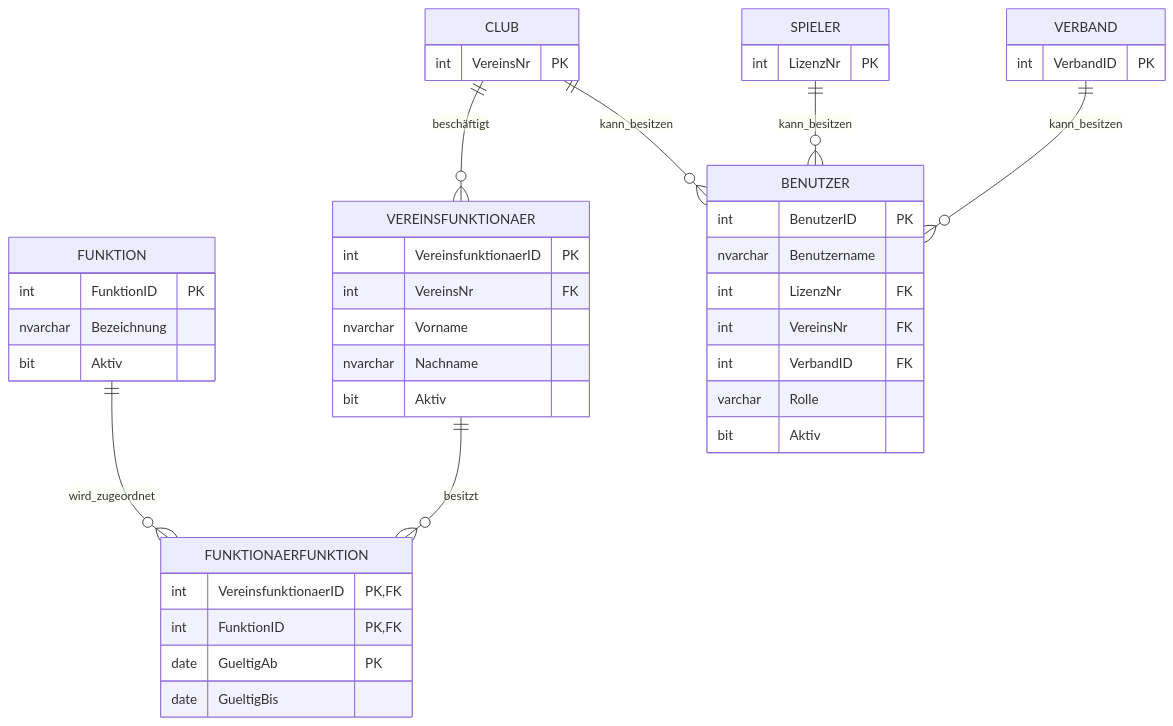
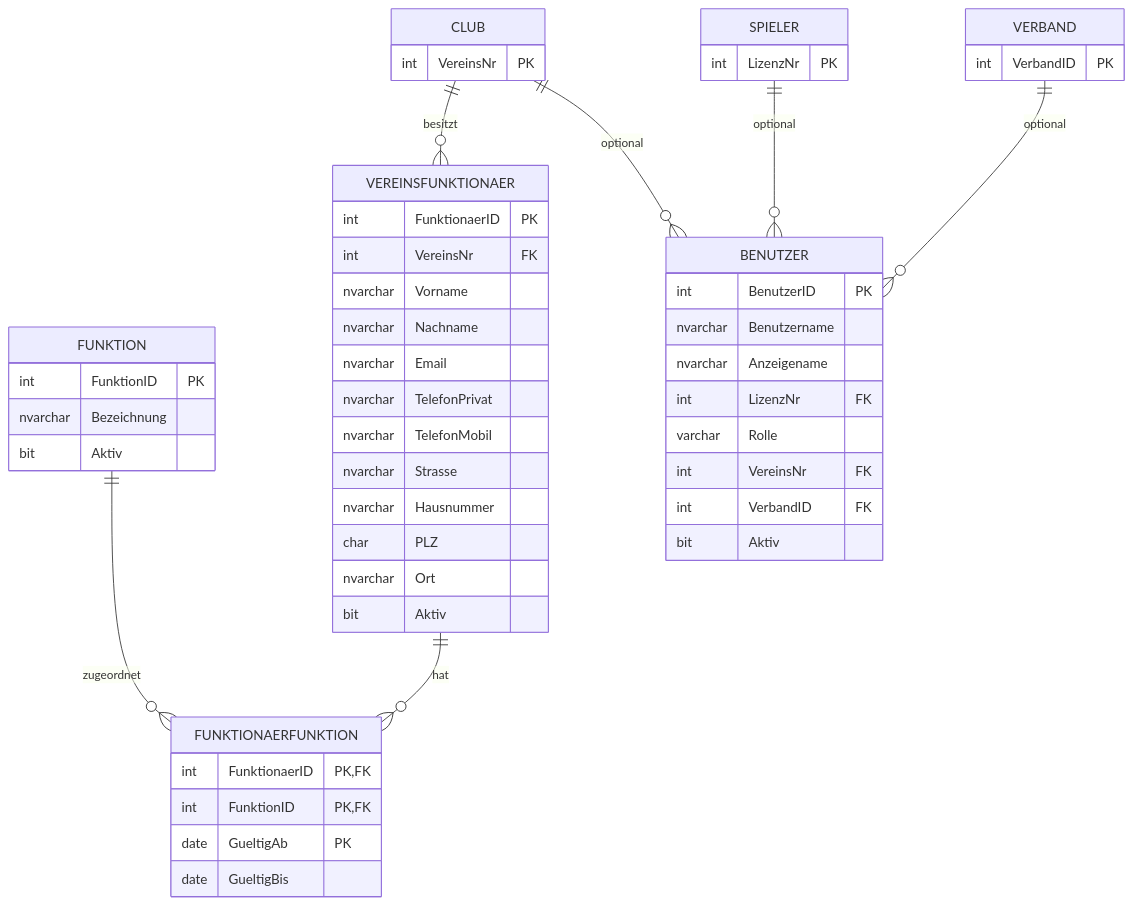
The third of 7 diagrams in docs/ER-Diagramm.md (19boboy97/STT-DB_Modularbeit2), drawn with Mermaid before and after one commit. The commit also changed other lines of this file, not shown here.

Commit message:
Correct ER diagram schema details

````diff
--- a/docs/ER-Diagramm.md
+++ b/docs/ER-Diagramm.md
@@ -207,53 +236,62 @@
-``` mermaid
+```mermaid
 erDiagram
+
     CLUB {
         int VereinsNr PK
     }
 
     SPIELER {
         int LizenzNr PK
     }
 
     VERBAND {
         int VerbandID PK
     }
 
     FUNKTION {
         int FunktionID PK
         nvarchar Bezeichnung
         bit Aktiv
     }
 
     VEREINSFUNKTIONAER {
-        int VereinsfunktionaerID PK
+        int FunktionaerID PK
         int VereinsNr FK
         nvarchar Vorname
         nvarchar Nachname
+        nvarchar Email
+        nvarchar TelefonPrivat
+        nvarchar TelefonMobil
+        nvarchar Strasse
+        nvarchar Hausnummer
+        char PLZ
+        nvarchar Ort
         bit Aktiv
     }
 
     FUNKTIONAERFUNKTION {
-        int VereinsfunktionaerID PK,FK
+        int FunktionaerID PK,FK
         int FunktionID PK,FK
         date GueltigAb PK
         date GueltigBis
     }
 
     BENUTZER {
         int BenutzerID PK
         nvarchar Benutzername
+        nvarchar Anzeigename
         int LizenzNr FK
+        varchar Rolle
         int VereinsNr FK
         int VerbandID FK
-        varchar Rolle
         bit Aktiv
     }
 
-    CLUB ||--o{ VEREINSFUNKTIONAER : beschäftigt
-    VEREINSFUNKTIONAER ||--o{ FUNKTIONAERFUNKTION : besitzt
-    FUNKTION ||--o{ FUNKTIONAERFUNKTION : wird_zugeordnet
+    CLUB ||--o{ VEREINSFUNKTIONAER : besitzt
+    VEREINSFUNKTIONAER ||--o{ FUNKTIONAERFUNKTION : hat
+    FUNKTION ||--o{ FUNKTIONAERFUNKTION : zugeordnet
 
-    SPIELER ||--o{ BENUTZER : kann_besitzen
-    CLUB ||--o{ BENUTZER : kann_besitzen
-    VERBAND ||--o{ BENUTZER : kann_besitzen
+    SPIELER ||--o{ BENUTZER : optional
+    CLUB ||--o{ BENUTZER : optional
+    VERBAND ||--o{ BENUTZER : optional
 ```
````
